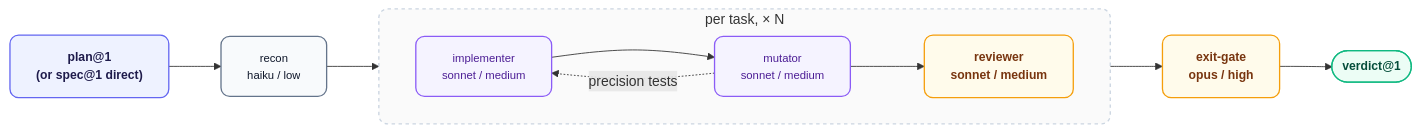
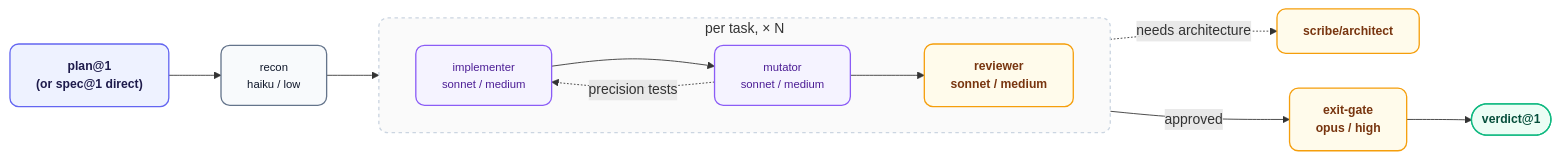
Before and after one commit to orin-dx/agent-plugins: the diagram in plugins/smith/README.md, drawn with Mermaid. The commit also changed other lines of this file and 92 other files, not shown here.

````diff
--- a/plugins/smith/README.md
+++ b/plugins/smith/README.md
@@ -51,36 +51,37 @@
 ```mermaid
 %%{init: {'flowchart': {'curve': 'basis', 'nodeSpacing': 40, 'rankSpacing': 60}}}%%
 flowchart LR
     classDef source fill:#eef2ff,stroke:#6366f1,stroke-width:1.5px,color:#1e1b4b,rx:10,ry:10,font-size:14px,font-weight:600;
     classDef store fill:#f8fafc,stroke:#64748b,stroke-width:1.5px,color:#0f172a,rx:10,ry:10,font-size:13px,font-weight:500;
     classDef engine fill:#f5f3ff,stroke:#8b5cf6,stroke-width:1.5px,color:#4c1d95,rx:10,ry:10,font-size:13px,font-weight:500;
     classDef router fill:#fffbeb,stroke:#f59e0b,stroke-width:1.5px,color:#78350f,rx:10,ry:10,font-size:14px,font-weight:600;
     classDef output fill:#ecfdf5,stroke:#10b981,stroke-width:1.5px,color:#064e3b,rx:10,ry:10,font-size:14px,font-weight:600;
 
     Plan["plan@1
     (or spec@1 direct)"] --> Recon["recon
     haiku / low"]
 
     subgraph loop [" per task, × N "]
         direction LR
         Impl["implementer
         sonnet / medium"] --> Mut["mutator
         sonnet / medium"]
         Mut -.->|precision tests| Impl
         Mut --> Rev["reviewer
         sonnet / medium"]
     end
 
     Recon --> Impl
-    Rev --> Gate["exit-gate
+    Rev -.->|needs architecture| Arch["scribe/architect"]
+    Rev -->|approved| Gate["exit-gate
     opus / high"]
     Gate --> Done(["verdict@1"])
 
     class Plan source
     class Recon store
     class Impl,Mut engine
-    class Rev,Gate router
+    class Rev,Arch,Gate router
     class Done output
 
     style loop fill:#fafafa,stroke:#cbd5e1,stroke-width:1.5px,stroke-dasharray: 4 4,rx:10px,ry:10px
 ```
````
